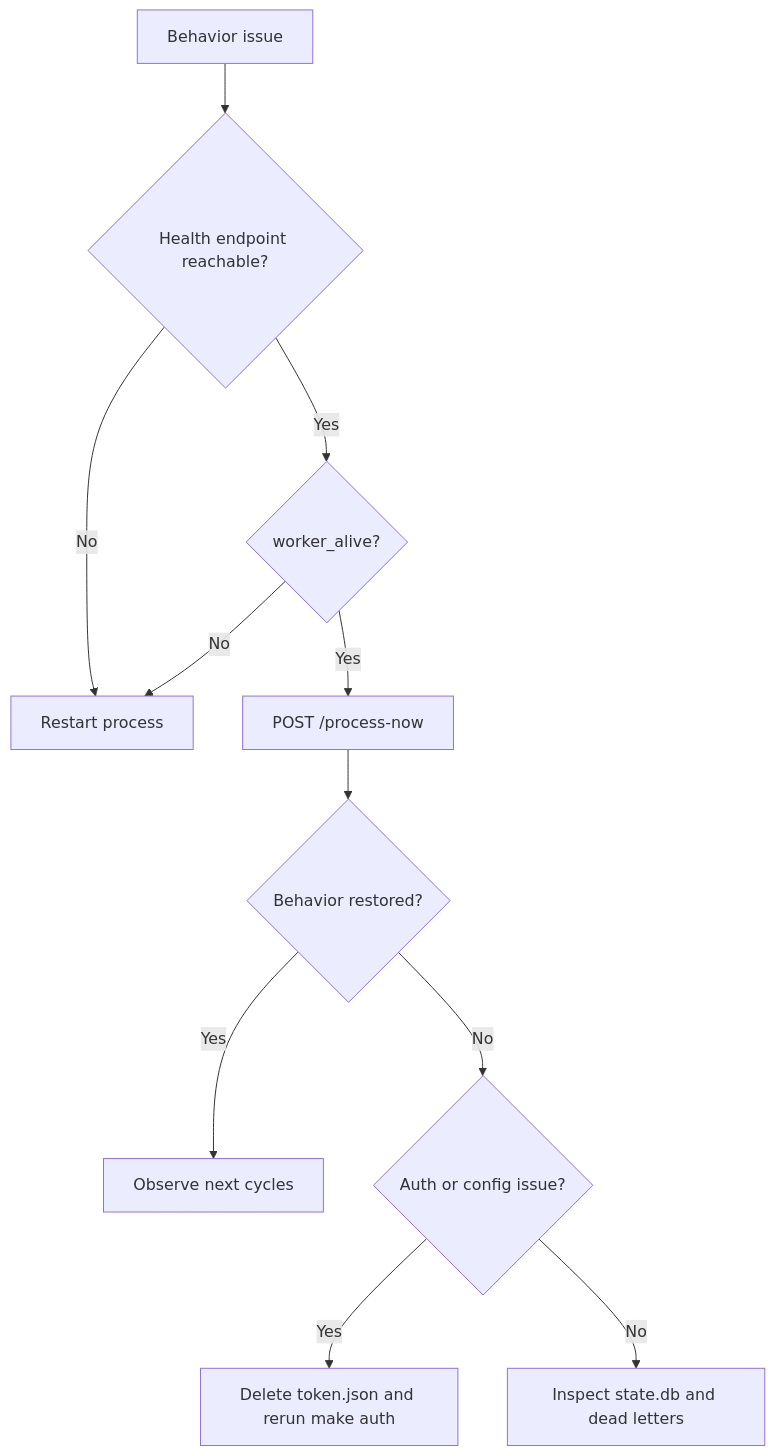
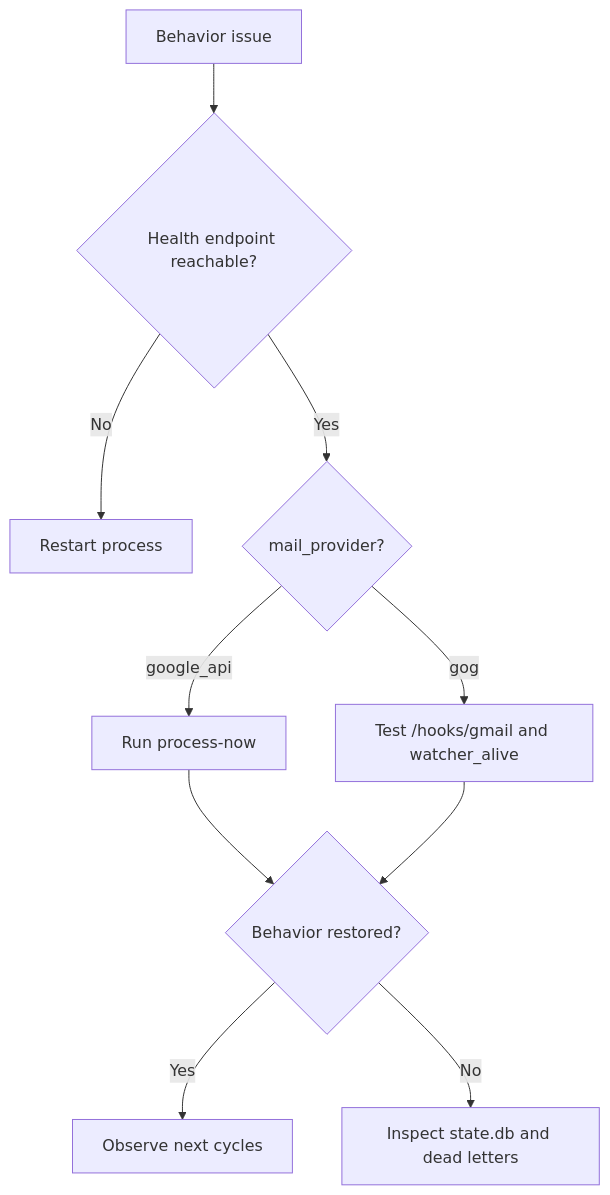
The second of 2 diagrams in docs/operations.md (LunarMothStudios/Canna-Mailroom), drawn with Mermaid before and after one commit. The commit also changed other lines of this file and 30 other files, not shown here.

````diff
--- a/docs/operations.md
+++ b/docs/operations.md
@@ -208,13 +267,12 @@
 ```mermaid
 flowchart TD
     Issue["Behavior issue"] --> Reachable{"Health endpoint reachable?"}
     Reachable -- No --> Restart["Restart process"]
-    Reachable -- Yes --> Worker{"worker_alive?"}
-    Worker -- No --> Restart
-    Worker -- Yes --> Process["POST /process-now"]
-    Process --> Healthy{"Behavior restored?"}
+    Reachable -- Yes --> Mode{"mail_provider?"}
+    Mode -- google_api --> Poll["Run process-now"]
+    Mode -- gog --> Hook["Test /hooks/gmail and watcher_alive"]
+    Poll --> Healthy{"Behavior restored?"}
+    Hook --> Healthy
     Healthy -- Yes --> Observe["Observe next cycles"]
-    Healthy -- No --> Auth{"Auth or config issue?"}
-    Auth -- Yes --> Reauth["Delete token.json and rerun make auth"]
-    Auth -- No --> State["Inspect state.db and dead letters"]
+    Healthy -- No --> State["Inspect state.db and dead letters"]
 ```
````
